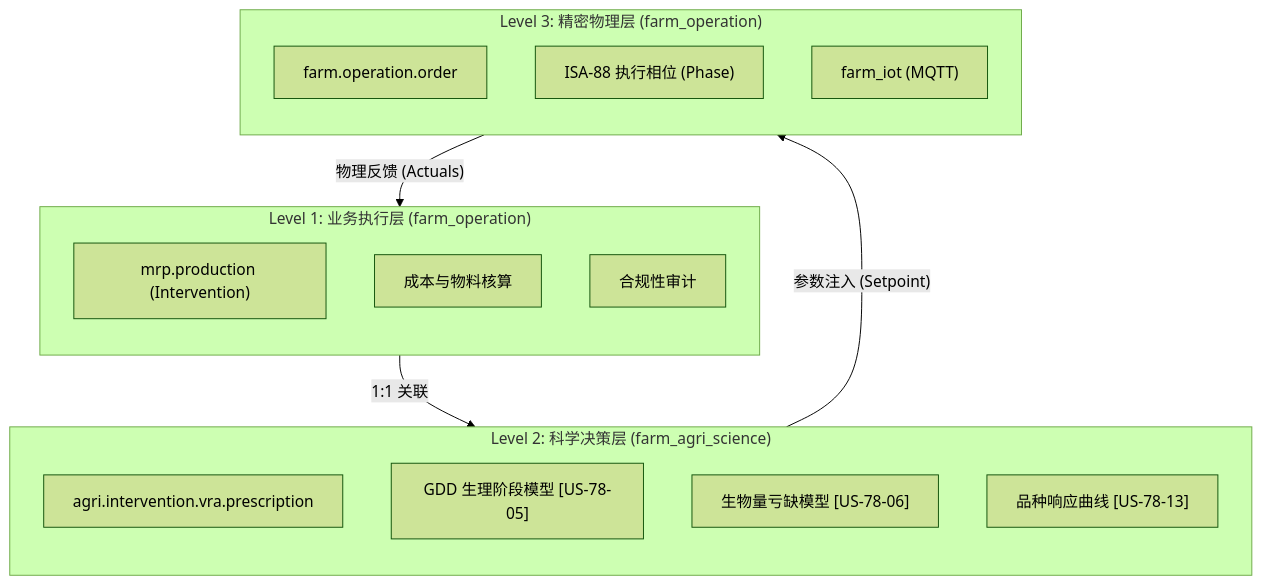
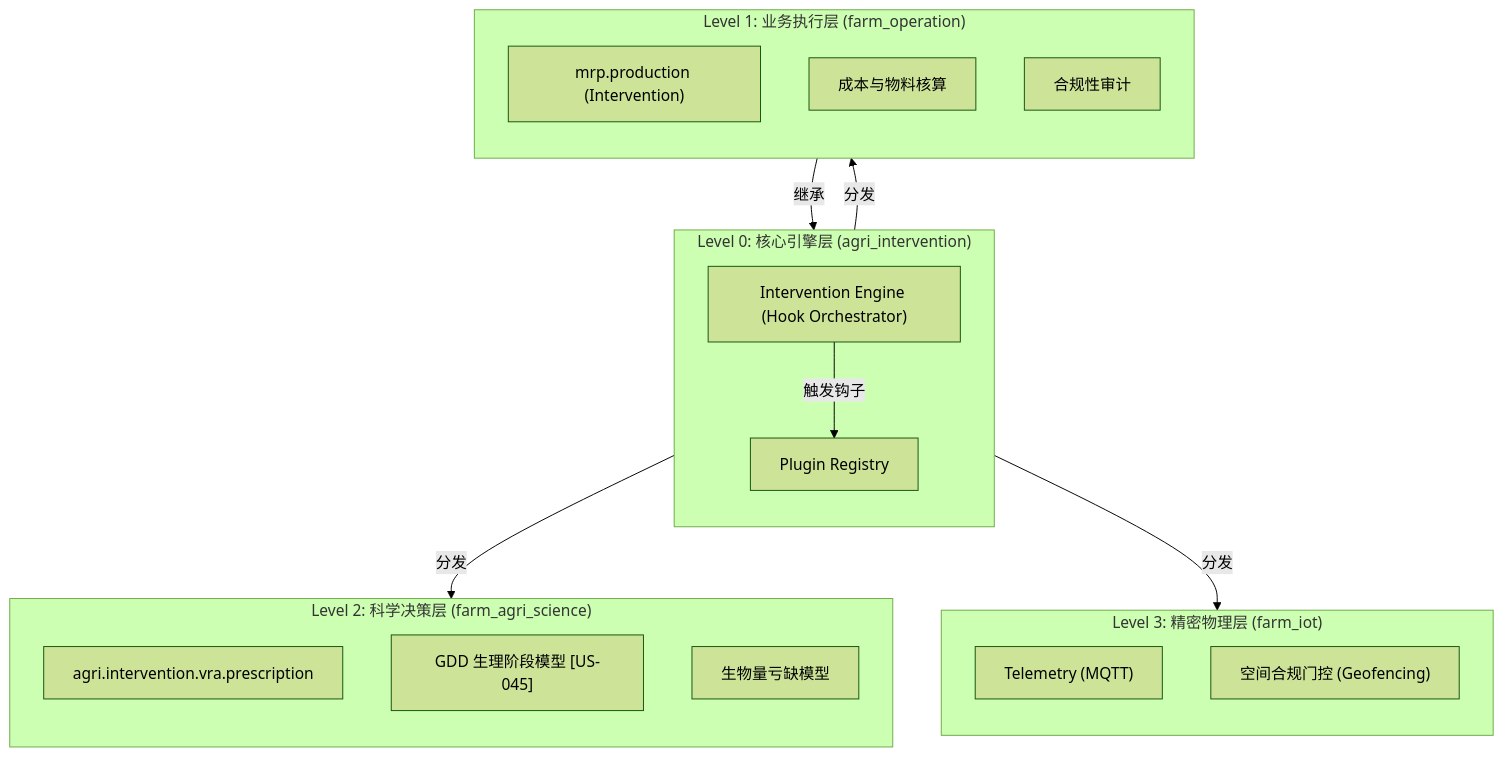
The diagram in docs/technical/architecture/INTERVENTION_SYSTEM_SPEC.md (jeffery9/odoo-farm), drawn with Mermaid (forest theme) before and after one commit. The commit also changed other lines of this file and 146 other files, not shown here.

First line of the commit message:
docs(ecosystem): update technical architecture and precision agriculture specifications

````diff
--- a/docs/technical/architecture/INTERVENTION_SYSTEM_SPEC.md
+++ b/docs/technical/architecture/INTERVENTION_SYSTEM_SPEC.md
@@ -13,28 +13,34 @@
 ```mermaid
 flowchart TD
+    subgraph L0["Level 0: 核心引擎层 (agri_intervention)"]
+        direction TB
+        Engine["Intervention Engine (Hook Orchestrator)"]
+        PluginRegistry["Plugin Registry"]
+    end
+
     subgraph L1["Level 1: 业务执行层 (farm_operation)"]
         direction TB
         MO["mrp.production (Intervention)"]
         Cost["成本与物料核算"]
         Compliance["合规性审计"]
     end
 
     subgraph L2["Level 2: 科学决策层 (farm_agri_science)"]
         direction TB
         VRA["agri.intervention.vra.prescription"]
-        Growth["GDD 生理阶段模型 [US-78-05]"]
-        Deficit["生物量亏缺模型 [US-78-06]"]
-        Response["品种响应曲线 [US-78-13]"]
+        Growth["GDD 生理阶段模型 [US-045]"]
+        Deficit["生物量亏缺模型"]
     end
 
-    subgraph L3["Level 3: 精密物理层 (farm_operation)"]
+    subgraph L3["Level 3: 精密物理层 (farm_iot)"]
         direction TB
-        PO["farm.operation.order"]
-        Phase["ISA-88 执行相位 (Phase)"]
-        IoT["farm_iot (MQTT)"]
+        IoT["Telemetry (MQTT)"]
+        Geofence["空间合规门控 (Geofencing)"]
     end
 
-    MO -- "1:1 关联" --> VRA
-    VRA -- "参数注入 (Setpoint)" --> PO
-    PO -- "物理反馈 (Actuals)" --> MO
+    MO -- "继承" --> Engine
+    Engine -- "触发钩子" --> PluginRegistry
+    PluginRegistry -- "分发" --> L1
+    PluginRegistry -- "分发" --> L2
+    PluginRegistry -- "分发" --> L3
 ```
````
